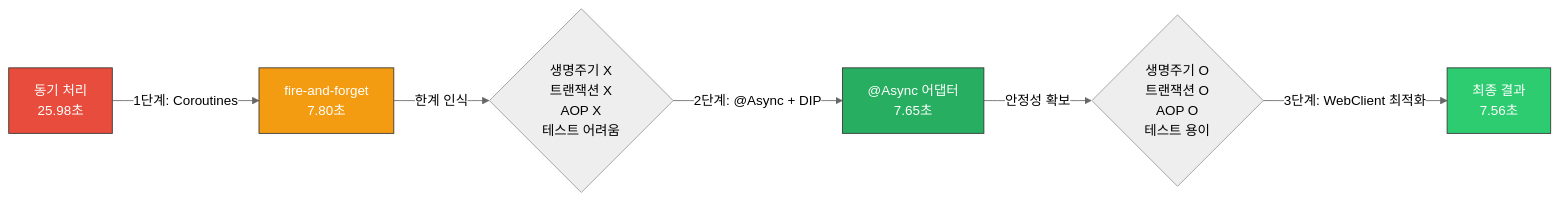
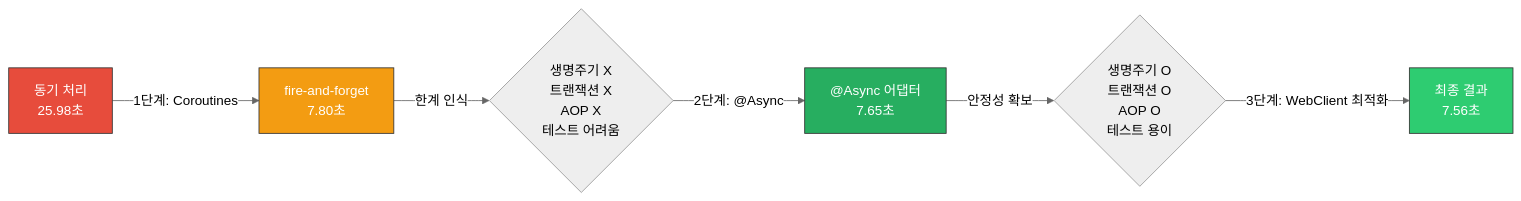
One commit to jiwon11/jiwon11.github.io changed the fourth of 4 diagrams in _posts/2026-02-07-kotlin-coroutines-to-spring-async-performance-improvement.md. Above: the diagram before and after it, drawn with Mermaid (neutral theme). The commit also changed other lines of this file and 2 other files, not shown here.

````diff
--- a/_posts/2026-02-07-kotlin-coroutines-to-spring-async-performance-improvement.md
+++ b/_posts/2026-02-07-kotlin-coroutines-to-spring-async-performance-improvement.md
@@ -1284,13 +659,13 @@
 ```mermaid
 graph LR
     A["동기 처리\n25.98초"] -->|1단계: Coroutines| B["fire-and-forget\n7.80초"]
     B -->|한계 인식| C{"생명주기 X\n트랜잭션 X\nAOP X\n테스트 어려움"}
-    C -->|2단계: @Async + DIP| D["@Async 어댑터\n7.65초"]
+    C -->|2단계: @Async| D["@Async 어댑터\n7.65초"]
     D -->|안정성 확보| E{"생명주기 O\n트랜잭션 O\nAOP O\n테스트 용이"}
     E -->|3단계: WebClient 최적화| F["최종 결과\n7.56초"]
 
     style A fill:#E74C3C,stroke:#333,color:#fff
     style B fill:#F39C12,stroke:#333,color:#fff
     style D fill:#27AE60,stroke:#333,color:#fff
     style F fill:#2ECC71,stroke:#333,color:#fff
 ```
````
